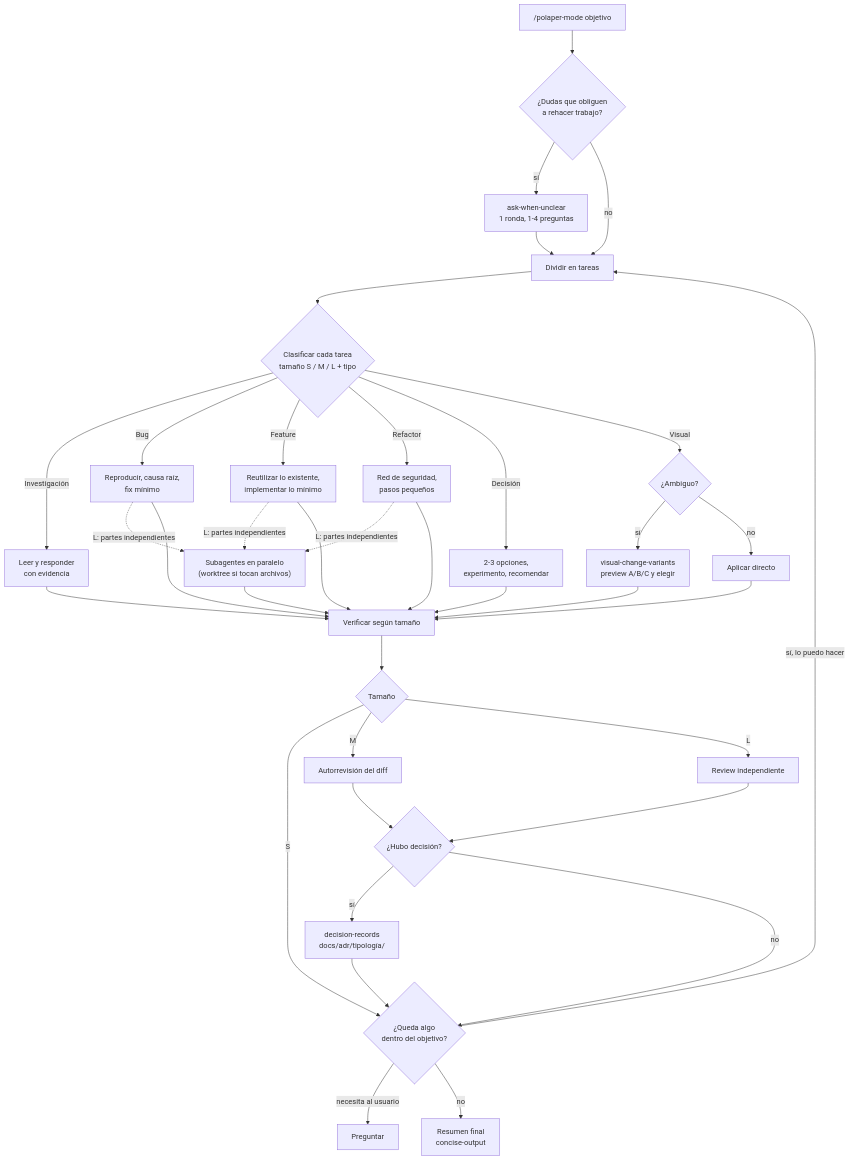
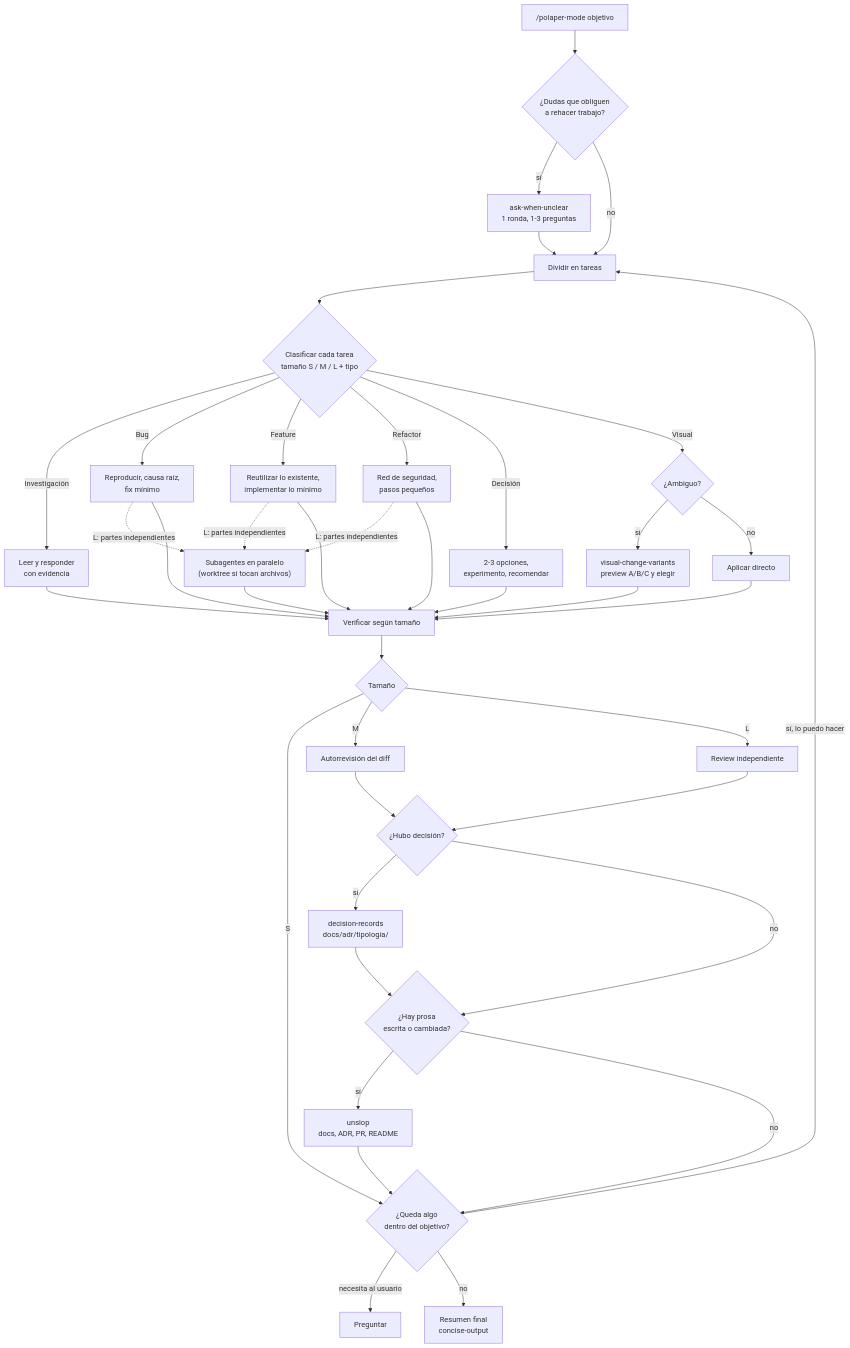
One commit to AlPeFe/claude-skills changed the first of 2 diagrams in README.md. Above: the diagram before and after it, drawn with Mermaid. The commit also changed other lines of this file and 1 other file, not shown here.

Commit message:
polaper-mode: integrar unslop en el cierre de tareas y la comunicación

````diff
--- a/README.md
+++ b/README.md
@@ -18,32 +18,35 @@
 ```mermaid
 flowchart TD
     P["/polaper-mode objetivo"] --> U{"¿Dudas que obliguen<br/>a rehacer trabajo?"}
-    U -->|sí| Q["ask-when-unclear<br/>1 ronda, 1-4 preguntas"]
+    U -->|sí| Q["ask-when-unclear<br/>1 ronda, 1-3 preguntas"]
     U -->|no| T
     Q --> T["Dividir en tareas"]
     T --> C{"Clasificar cada tarea<br/>tamaño S / M / L + tipo"}
 
     C -->|Investigación| I["Leer y responder<br/>con evidencia"]
     C -->|Bug| B["Reproducir, causa raíz,<br/>fix mínimo"]
     C -->|Feature| F["Reutilizar lo existente,<br/>implementar lo mínimo"]
     C -->|Refactor| R["Red de seguridad,<br/>pasos pequeños"]
     C -->|Decisión| D["2-3 opciones,<br/>experimento, recomendar"]
     C -->|Visual| V{"¿Ambiguo?"}
     V -->|sí| VV["visual-change-variants<br/>preview A/B/C y elegir"]
     V -->|no| VA["Aplicar directo"]
 
     F & R & B -.->|"L: partes independientes"| SA["Subagentes en paralelo<br/>(worktree si tocan archivos)"]
 
     I & B & F & R & D & VV & VA & SA --> VER["Verificar según tamaño"]
     VER --> REV{"Tamaño"}
     REV -->|S| OK
     REV -->|M| SR["Autorrevisión del diff"]
     REV -->|L| CR["Review independiente"]
     SR & CR --> ADR{"¿Hubo decisión?"}
     ADR -->|sí| DR["decision-records<br/>docs/adr/tipología/"]
-    ADR -->|no| OK
-    DR --> OK{"¿Queda algo<br/>dentro del objetivo?"}
+    ADR -->|no| UNS
+    DR --> UNS{"¿Hay prosa<br/>escrita o cambiada?"}
+    UNS -->|sí| UN2["unslop<br/>docs, ADR, PR, README"]
+    UNS -->|no| OK
+    UN2 --> OK{"¿Queda algo<br/>dentro del objetivo?"}
     OK -->|"sí, lo puedo hacer"| T
     OK -->|"necesita al usuario"| H["Preguntar"]
     OK -->|no| S["Resumen final<br/>concise-output"]
 ```
````
